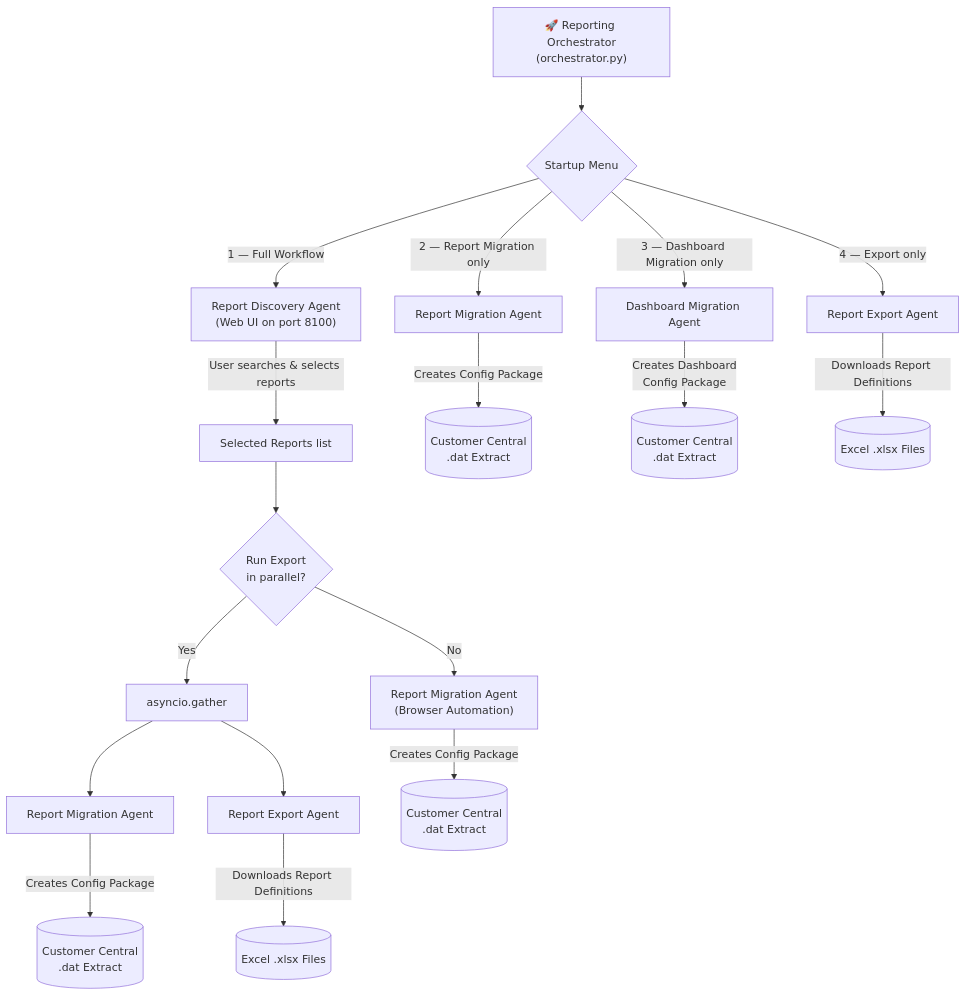
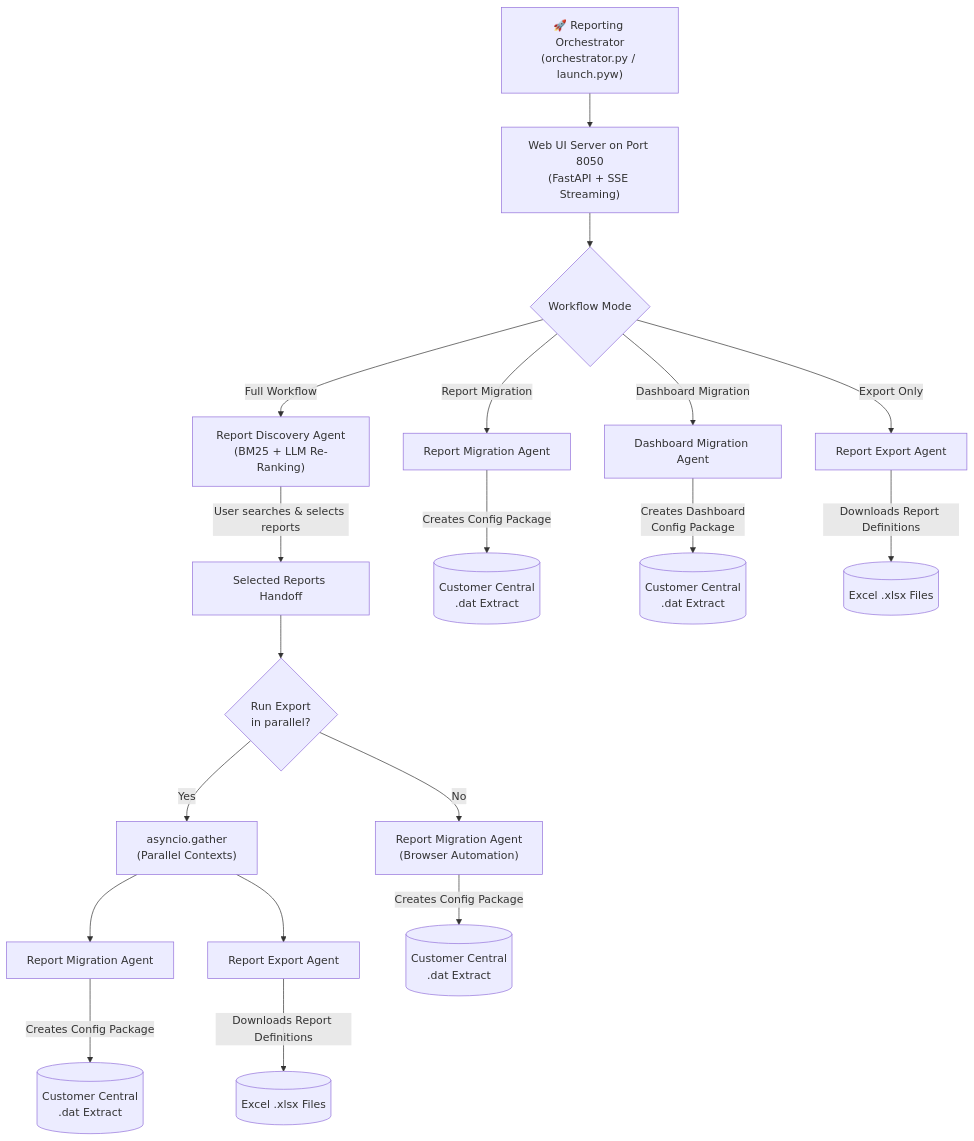
Before and after one commit to WorkdayGenAI/Workday-GenAI-Reporting: the diagram in README.md, drawn with Mermaid. The commit also changed other lines of this file and 1 other file, not shown here.

Commit message:
docs: update root and sub-agent README files with full architecture and setup details

````diff
--- a/README.md
+++ b/README.md
@@ -9,24 +9,26 @@
 ```mermaid
 flowchart TD
-    START["🚀 Reporting Orchestrator<br/>(orchestrator.py)"] --> MENU{"Startup Menu"}
+    START["🚀 Reporting Orchestrator<br/>(orchestrator.py / launch.pyw)"] --> UI["Web UI Server on Port 8050<br/>(FastAPI + SSE Streaming)"]
 
-    MENU -->|"1 — Full Workflow"| DISC["Report Discovery Agent<br/>(Web UI on port 8100)"]
-    MENU -->|"2 — Report Migration only"| MIG_ONLY["Report Migration Agent"]
-    MENU -->|"3 — Dashboard Migration only"| DASH_ONLY["Dashboard Migration Agent"]
-    MENU -->|"4 — Export only"| EXP_ONLY["Report Export Agent"]
+    UI --> MENU{"Workflow Mode"}
 
-    DISC -->|"User searches & selects reports"| SELECTED["Selected Reports list"]
+    MENU -->|"Full Workflow"| DISC["Report Discovery Agent<br/>(BM25 + LLM Re-Ranking)"]
+    MENU -->|"Report Migration"| MIG_ONLY["Report Migration Agent"]
+    MENU -->|"Dashboard Migration"| DASH_ONLY["Dashboard Migration Agent"]
+    MENU -->|"Export Only"| EXP_ONLY["Report Export Agent"]
+
+    DISC -->|"User searches & selects reports"| SELECTED["Selected Reports Handoff"]
     SELECTED --> TOGGLE{"Run Export<br/>in parallel?"}
-    TOGGLE -->|Yes| PARALLEL["asyncio.gather"]
+    TOGGLE -->|Yes| PARALLEL["asyncio.gather<br/>(Parallel Contexts)"]
     TOGGLE -->|No| MIG["Report Migration Agent<br/>(Browser Automation)"]
 
     PARALLEL --> MIG2["Report Migration Agent"]
     PARALLEL --> EXP["Report Export Agent"]
 
     MIG_ONLY -->|"Creates Config Package"| CC1[("Customer Central<br/>.dat Extract")]
     MIG -->|"Creates Config Package"| CC2[("Customer Central<br/>.dat Extract")]
     MIG2 -->|"Creates Config Package"| CC3[("Customer Central<br/>.dat Extract")]
     DASH_ONLY -->|"Creates Dashboard<br/>Config Package"| CC4[("Customer Central<br/>.dat Extract")]
     EXP -->|"Downloads Report Definitions"| EXCEL[("Excel .xlsx Files")]
     EXP_ONLY -->|"Downloads Report Definitions"| EXCEL2[("Excel .xlsx Files")]
 ```
````
